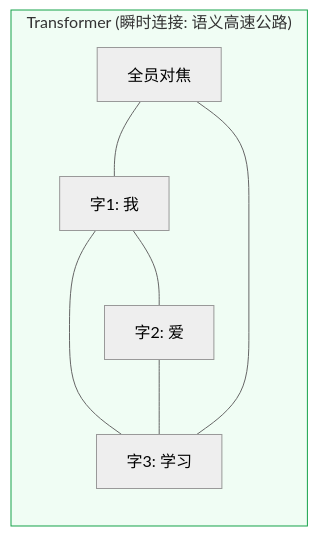
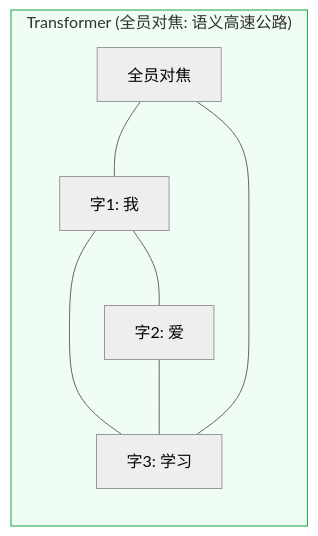
Before and after one commit to wangchong2023/ai-learning: the eighth of 41 diagrams in doc/AI_Knowledge_Roadmap.md, drawn with Mermaid (neutral theme). The commit also changed other lines of this file, not shown here.

Commit message:
docs: update learning resources and structure in AI Knowledge Roadmap

````diff
--- a/doc/AI_Knowledge_Roadmap.md
+++ b/doc/AI_Knowledge_Roadmap.md
@@ -270,11 +260,11 @@
 ```mermaid
 graph LR
-    subgraph Transformer ["Transformer (瞬时连接: 语义高速公路)"]
+    subgraph Transformer ["Transformer (全员对焦: 语义高速公路)"]
         T1[字1: 我] --- T2[字2: 爱]
         T1 --- T3[字3: 学习]
         T2 --- T3
         T4[全员对焦] --- T1
         T4 --- T3
     end
     style Transformer fill:#f0fdf4,stroke:#16a34a
 ```
````
